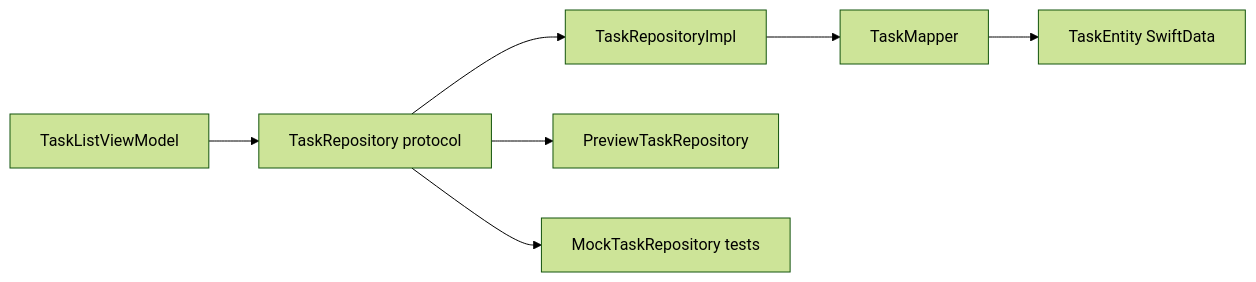
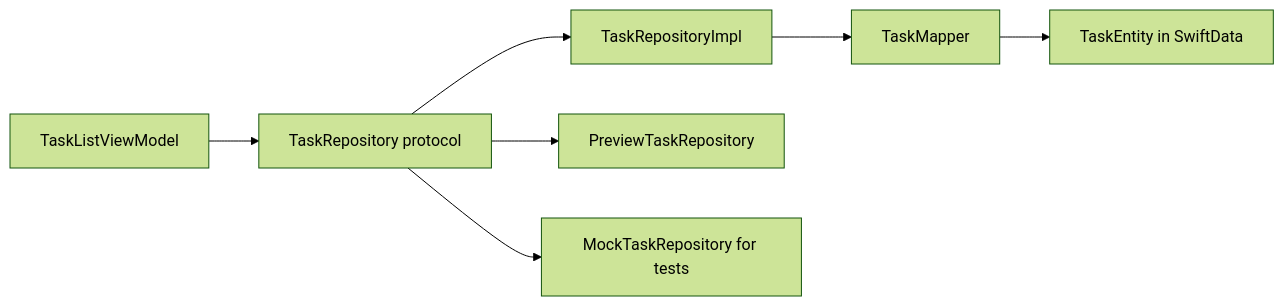
Before and after one commit to nguyenquanghuy22041990/FocusUp: the first of 2 diagrams in docs/interview-guide/design-patterns/repository.md, drawn with Mermaid (forest theme). The commit also changed 30 other files, not shown here.

````diff
--- a/docs/interview-guide/design-patterns/repository.md
+++ b/docs/interview-guide/design-patterns/repository.md
@@ -25,9 +25,9 @@
 ```mermaid
 flowchart LR
     VM[TaskListViewModel] --> Proto[TaskRepository protocol]
     Proto --> Impl[TaskRepositoryImpl]
     Impl --> Mapper[TaskMapper]
-    Mapper --> Entity[TaskEntity SwiftData]
+    Mapper --> Entity["TaskEntity in SwiftData"]
     Proto --> Preview[PreviewTaskRepository]
-    Proto --> Mock[MockTaskRepository tests]
+    Proto --> Mock["MockTaskRepository for tests"]
 ```
````
